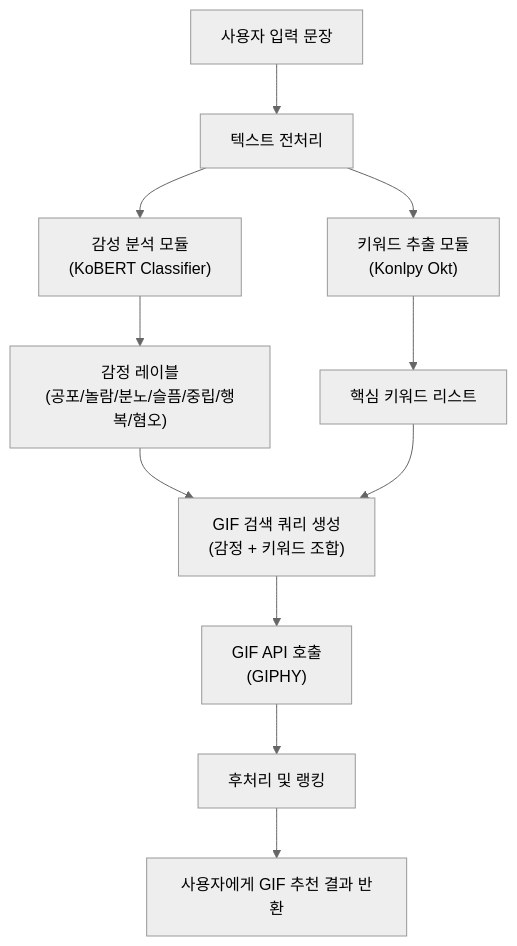
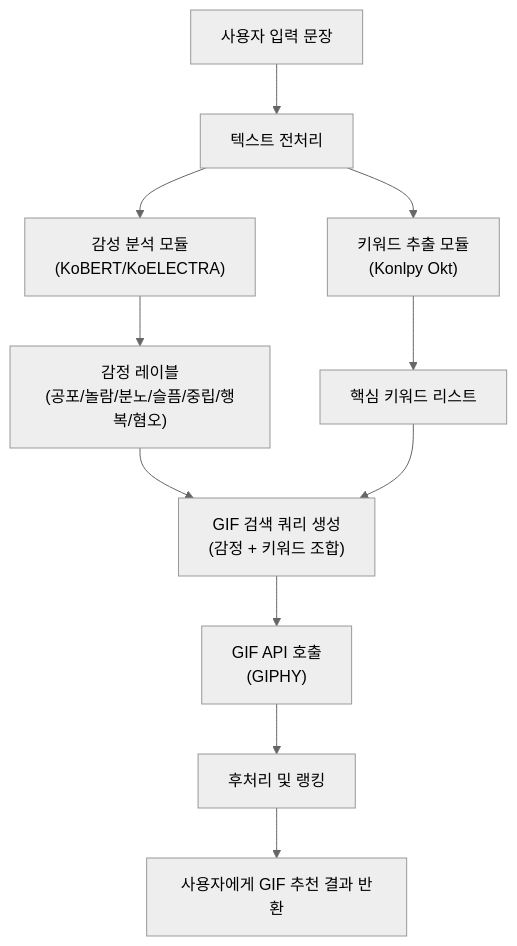
The diagram in README.md (qkrjds201/AIX-DL-2025-Fall), drawn with Mermaid (neutral theme) before and after one commit. The commit also changed other lines of this file, not shown here.

````diff
--- a/README.md
+++ b/README.md
@@ -41,16 +55,16 @@
 ```mermaid
 flowchart TB
     A[사용자 입력 문장] --> B["텍스트 전처리"]
-    B --> C1["감성 분석 모듈<br/>(KoBERT Classifier)"]
+    B --> C1["감성 분석 모듈<br/>(KoBERT/KoELECTRA)"]
     B --> C2["키워드 추출 모듈<br/>(Konlpy Okt)"]
 
     C1 --> D1["감정 레이블<br/>(공포/놀람/분노/슬픔/중립/행복/혐오)"]
     C2 --> D2["핵심 키워드 리스트"]
 
     D1 --> E["GIF 검색 쿼리 생성<br/>(감정 + 키워드 조합)"]
     D2 --> E
 
     E --> F["GIF API 호출<br/>(GIPHY)"]
     F --> G["후처리 및 랭킹"]
     G --> H[사용자에게 GIF 추천 결과 반환]
 ```
````
